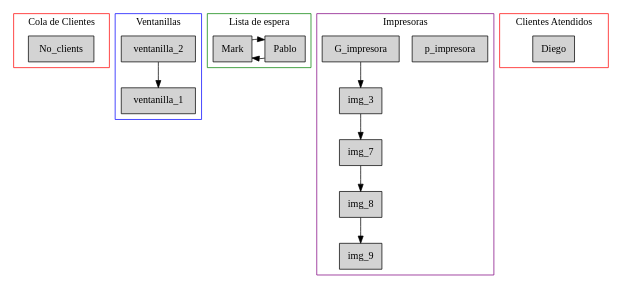
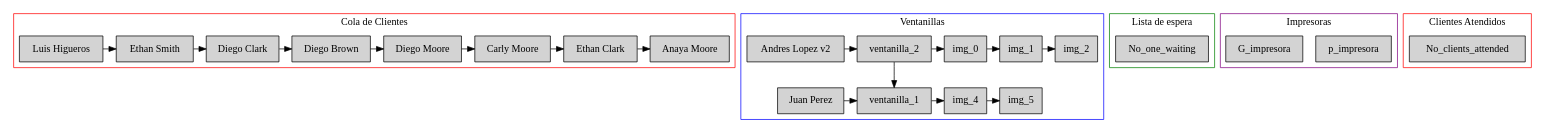
The diagram in graph.dot (DiegoCali/EDD_PROYECTO_202201128), drawn with Graphviz before and after one commit. The commit also changed 8 other files, not shown here.

```diff
--- a/graph.dot
+++ b/graph.dot
@@ -1,47 +1,74 @@
  digraph G{
  subgraph cluster_0{
  node [style=filled, shape=box];
- No_clients;
+ client_2    [label ="Luis Higueros"];
+ rank=same{
+ client_2     -> client_3    };
+ client_3    [label ="Ethan Smith"];
+ rank=same{
+ client_3     -> client_4    };
+ client_4    [label ="Diego Clark"];
+ rank=same{
+ client_4     -> client_5    };
+ client_5    [label ="Diego Brown"];
+ rank=same{
+ client_5     -> client_6    };
+ client_6    [label ="Diego Moore"];
+ rank=same{
+ client_6     -> client_7    };
+ client_7    [label ="Carly Moore"];
+ rank=same{
+ client_7     -> client_8    };
+ client_8    [label ="Ethan Clark"];
+ rank=same{
+ client_8     -> client_9    };
+ client_9    [label ="Anaya Moore"];
  label="Cola de Clientes";
  color=red;
  }
  subgraph cluster_1{
  node [style=filled, shape=box];
+ client_0    [label="Andres Lopez v2"];
+ rank=same{
+ client_0     -> ventanilla_2    
+->  img_0    
+ ->  img_1    
+ ->  img_2    
+ };
  ventanilla_2     -> ventanilla_1    ;
+ client_1    [label="Juan Perez"];
+ rank=same{
+ client_1     -> ventanilla_1    
+->  img_4    
+ ->  img_5    
+ };
  label="Ventanillas";
  color=blue;
  }
  subgraph cluster_2{
  node [style=filled, shape=box];
  rank=same{
- client_1    [label="Pablo"];
- client_1     -> client_2    ;
- client_2    [label="Mark"];
- client_2     -> client_1    ;
+ No_one_waiting;
  };
  label="Lista de espera";
  color=green;
  }
  subgraph cluster_3{
  node [style=filled, shape=box];
  p_impresora;
  label="Impresoras";
  color=purple;
  }
  subgraph cluster_3{
  node [style=filled, shape=box];
  G_impresora;
- G_impresora -> img_3    ;
- img_3     -> img_7    ;
- img_7     -> img_8    ;
- img_8     -> img_9    ;
  label="Impresoras";
  color=purple;
  }
  subgraph cluster_4{
  node [style=filled, shape=box];
- client_0    [label ="Diego"];
+ No_clients_attended;
  label="Clientes Atendidos";
  color=red;
  }
  }
```
